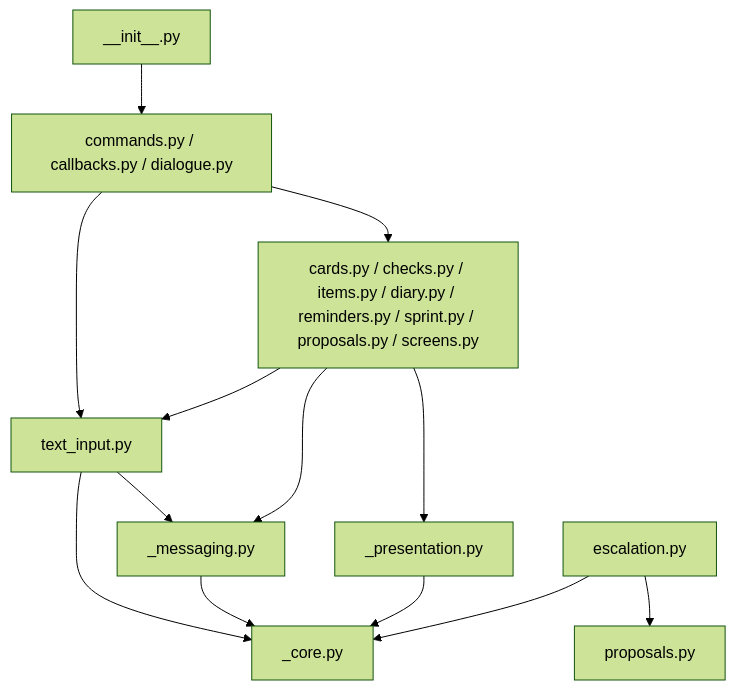
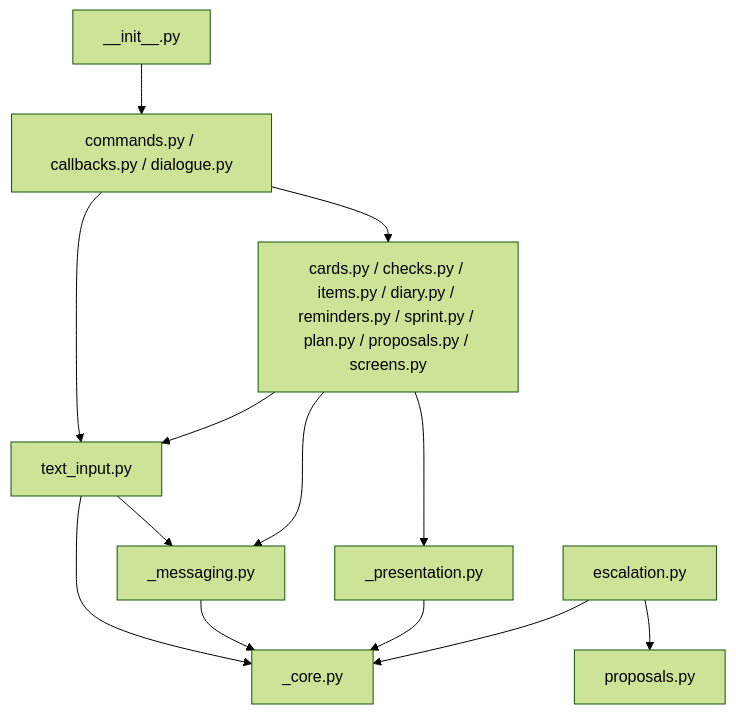
Before and after one commit to myvaheed/tg-ai-safwa: the seventh of 13 diagrams in docs/STRUCTURE_GRAPH.md, drawn with Mermaid (forest theme). The commit also changed other lines of this file and 12 other files, not shown here.

````diff
--- a/docs/STRUCTURE_GRAPH.md
+++ b/docs/STRUCTURE_GRAPH.md
@@ -217,15 +217,15 @@
 ```mermaid
 flowchart TD
-    HANDLERS["commands.py / callbacks.py / dialogue.py"] --> FEATURES["cards.py / checks.py / items.py / diary.py / reminders.py / sprint.py / proposals.py / screens.py"]
+    HANDLERS["commands.py / callbacks.py / dialogue.py"] --> FEATURES["cards.py / checks.py / items.py / diary.py / reminders.py / sprint.py / plan.py / proposals.py / screens.py"]
     HANDLERS --> TEXT_INPUT["text_input.py"]
     FEATURES --> TEXT_INPUT
     TEXT_INPUT --> IO
     TEXT_INPUT --> CORE
     FEATURES --> IO["_messaging.py"]
     FEATURES --> VIEW["_presentation.py"]
     IO --> CORE["_core.py"]
     VIEW --> CORE
     ESC["escalation.py"] --> PROPOSALS["proposals.py"]
     ESC --> CORE
     INIT["__init__.py"] --> HANDLERS
 ```
````
